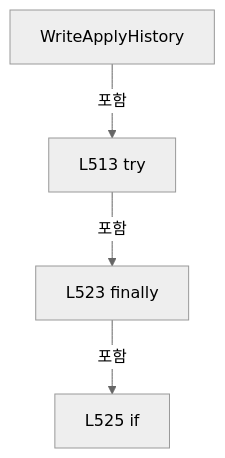
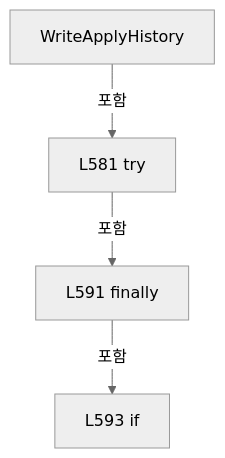
Diagram 12 of 19 in A3 LD Code Ref/files/Drilling.File/ReviewOffset/CReviewOffsetFile.cs.md (kjuws10-rgb/Shared), drawn with Mermaid (neutral theme) before and after one commit. The commit also changed other lines of this file and 2071 other files, not shown here.

Commit message:
docs(a3): update 11.19.0 architecture and code reference

````diff
--- a/A3 LD Code Ref/files/Drilling.File/ReviewOffset/CReviewOffsetFile.cs.md
+++ b/A3 LD Code Ref/files/Drilling.File/ReviewOffset/CReviewOffsetFile.cs.md
@@ -1516,10 +1645,10 @@
 ```mermaid
 flowchart TD
  M["WriteApplyHistory"]
- N0["L513 try"]
+ N0["L581 try"]
  M -->|포함| N0
- N1["L523 finally"]
+ N1["L591 finally"]
  N0 -->|포함| N1
- N2["L525 if"]
+ N2["L593 if"]
  N1 -->|포함| N2
 ```
````
